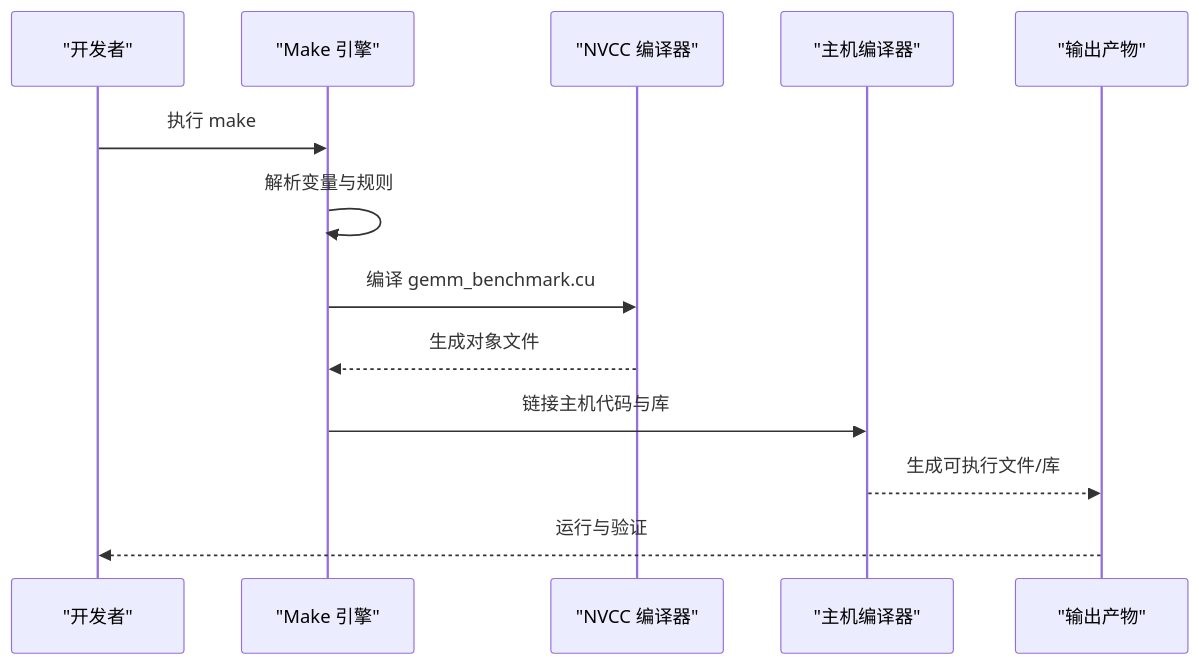
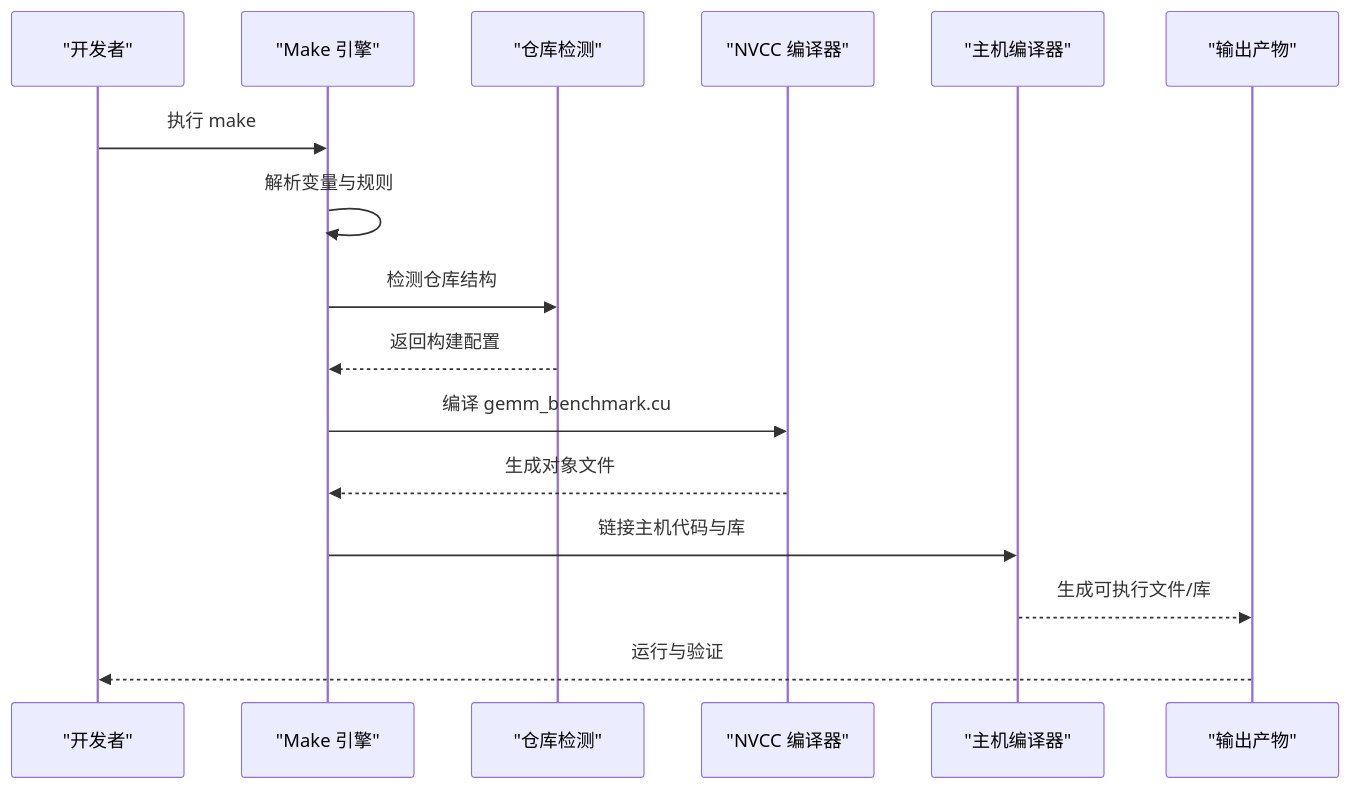
Before and after one commit to Bitllion/gemm_benchmark: the third of 3 diagrams in .qoder/repowiki/zh/content/开发者指南/构建系统定制.md, drawn with Mermaid. The commit also changed other lines of this file and 5 other files, not shown here.

````diff
--- a/.qoder/repowiki/zh/content/开发者指南/构建系统定制.md
+++ b/.qoder/repowiki/zh/content/开发者指南/构建系统定制.md
@@ -181,15 +211,18 @@
 ```mermaid
 sequenceDiagram
 participant Dev as "开发者"
 participant Make as "Make 引擎"
+participant Repo as "仓库检测"
 participant NVCC as "NVCC 编译器"
 participant Host as "主机编译器"
 participant Out as "输出产物"
 Dev->>Make : 执行 make
 Make->>Make : 解析变量与规则
+Make->>Repo : 检测仓库结构
+Repo-->>Make : 返回构建配置
 Make->>NVCC : 编译 gemm_benchmark.cu
 NVCC-->>Make : 生成对象文件
 Make->>Host : 链接主机代码与库
 Host-->>Out : 生成可执行文件/库
 Out-->>Dev : 运行与验证
 ```
````
